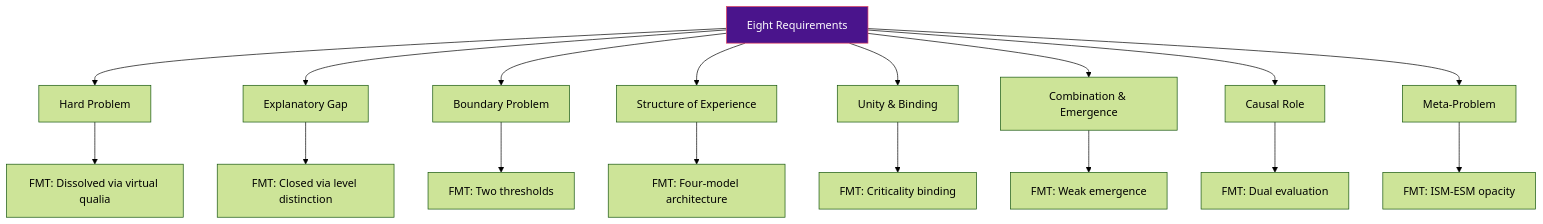
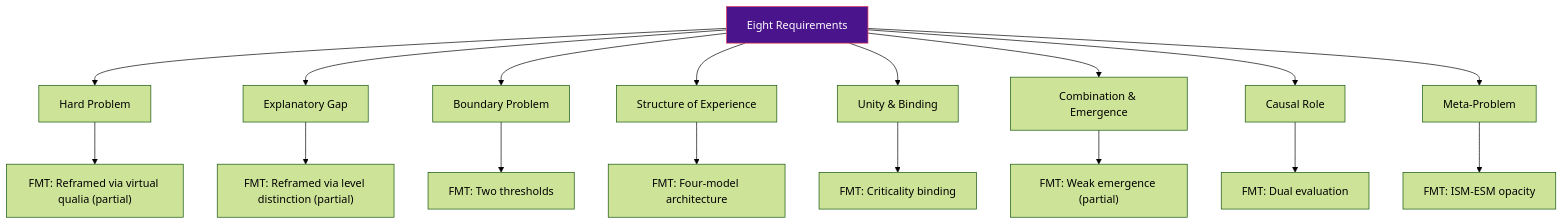
Before and after one commit to JeltzProstetnic/aIware: the sixth of 8 diagrams in wiki/reference/key-figures.md, drawn with Mermaid (forest theme). The commit also changed other lines of this file and 124 other files, not shown here.

````diff
--- a/wiki/reference/key-figures.md
+++ b/wiki/reference/key-figures.md
@@ -208,22 +209,22 @@
 ```mermaid
 graph TD
     A["Eight Requirements"] --> B["Hard Problem"]
     A --> C["Explanatory Gap"]
     A --> D["Boundary Problem"]
     A --> E["Structure of Experience"]
     A --> F["Unity & Binding"]
     A --> G["Combination & Emergence"]
     A --> H["Causal Role"]
     A --> I["Meta-Problem"]
 
-    B --> J["FMT: Dissolved via virtual qualia"]
-    C --> K["FMT: Closed via level distinction"]
+    B --> J["FMT: Reframed via virtual qualia (partial)"]
+    C --> K["FMT: Reframed via level distinction (partial)"]
     D --> L["FMT: Two thresholds"]
     E --> M["FMT: Four-model architecture"]
     F --> N["FMT: Criticality binding"]
-    G --> O["FMT: Weak emergence"]
+    G --> O["FMT: Weak emergence (partial)"]
     H --> P["FMT: Dual evaluation"]
     I --> Q["FMT: ISM-ESM opacity"]
 
     style A fill:#4a148c,stroke:#e94560,color:#fff
 ```
````
